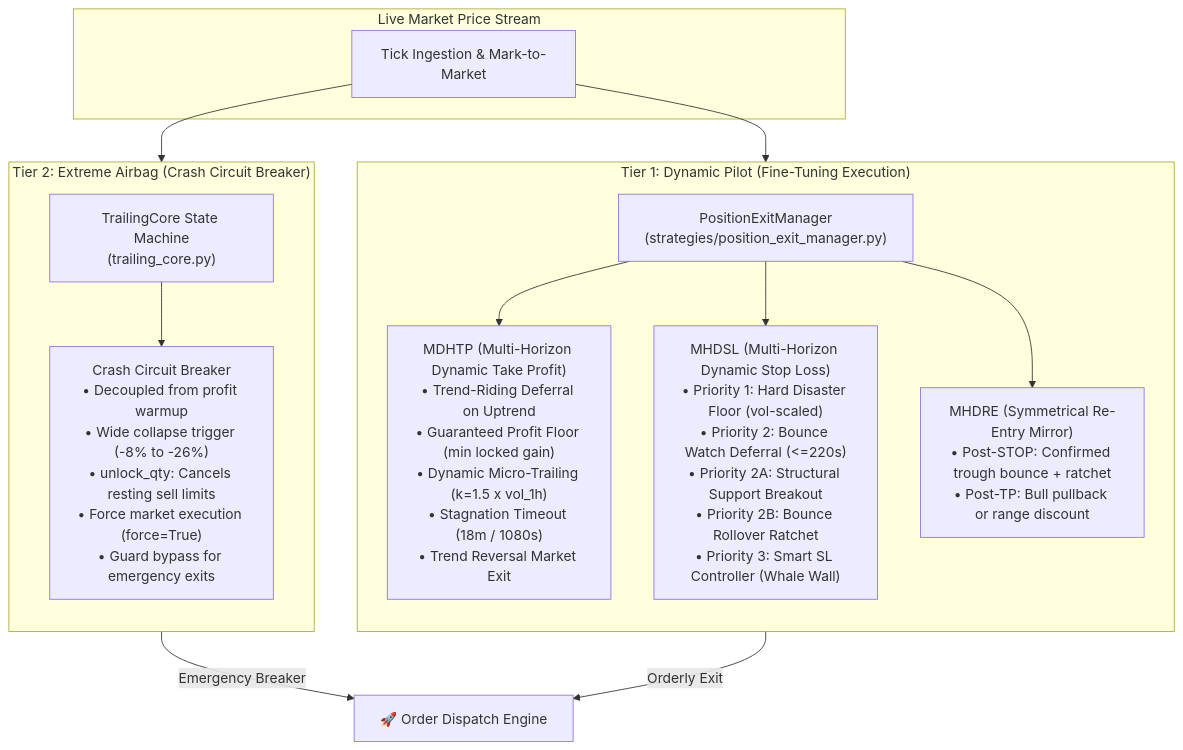
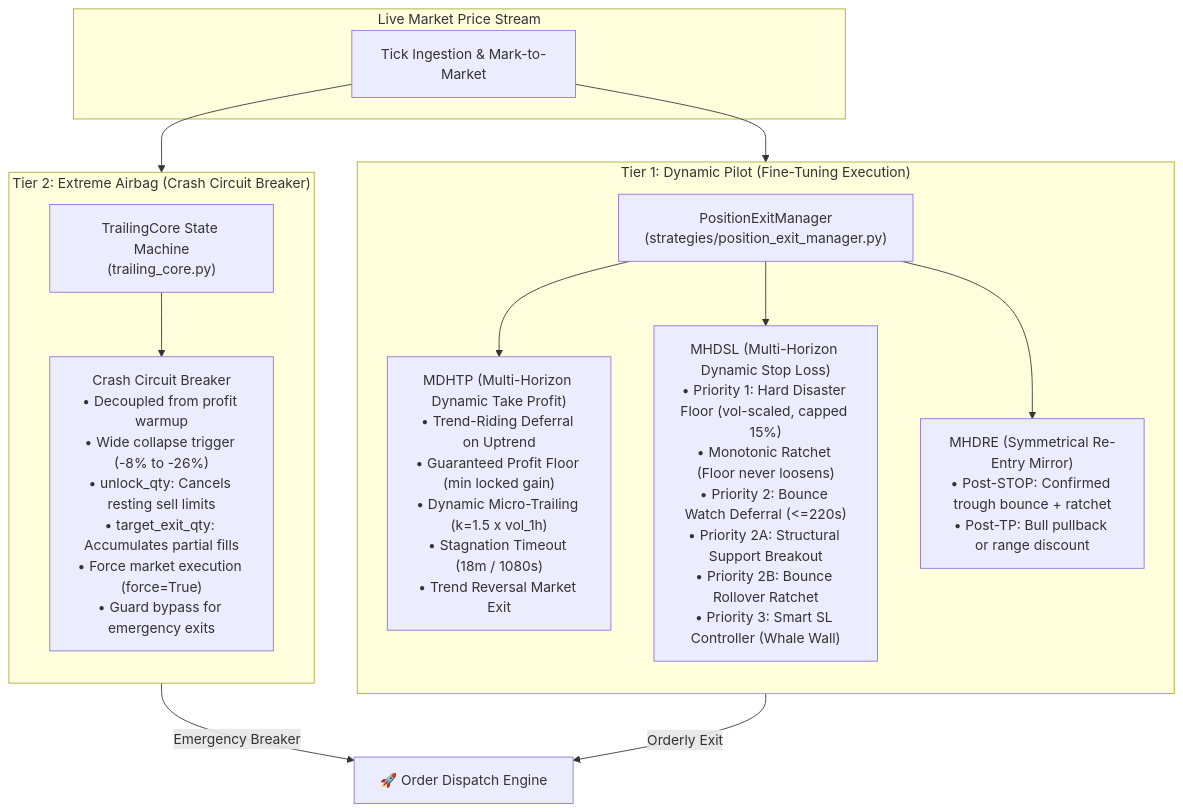
One commit to mpredut/mptrade changed the second of 2 diagrams in README.md. Above: the diagram before and after it, drawn with Mermaid. The commit also changed other lines of this file and 3 other files, not shown here.

Commit message:
docs: update fleet protection matrix, guards, and architecture blueprints

````diff
--- a/README.md
+++ b/README.md
@@ -134,23 +136,23 @@
 ```mermaid
 flowchart TD
     subgraph Market ["Live Market Price Stream"]
         TICK["Tick Ingestion & Mark-to-Market"]
     end
 
     subgraph Level1 ["Tier 1: Dynamic Pilot (Fine-Tuning Execution)"]
         direction TB
         TICK --> PEM["PositionExitManager\n(strategies/position_exit_manager.py)"]
         PEM --> MDHTP["MDHTP (Multi-Horizon Dynamic Take Profit)\n• Trend-Riding Deferral on Uptrend\n• Guaranteed Profit Floor (min locked gain)\n• Dynamic Micro-Trailing (k=1.5 x vol_1h)\n• Stagnation Timeout (18m / 1080s)\n• Trend Reversal Market Exit"]
-        PEM --> MHDSL["MHDSL (Multi-Horizon Dynamic Stop Loss)\n• Priority 1: Hard Disaster Floor (vol-scaled)\n• Priority 2: Bounce Watch Deferral (<=220s)\n• Priority 2A: Structural Support Breakout\n• Priority 2B: Bounce Rollover Ratchet\n• Priority 3: Smart SL Controller (Whale Wall)"]
+        PEM --> MHDSL["MHDSL (Multi-Horizon Dynamic Stop Loss)\n• Priority 1: Hard Disaster Floor (vol-scaled, capped 15%)\n• Monotonic Ratchet (Floor never loosens)\n• Priority 2: Bounce Watch Deferral (<=220s)\n• Priority 2A: Structural Support Breakout\n• Priority 2B: Bounce Rollover Ratchet\n• Priority 3: Smart SL Controller (Whale Wall)"]
         PEM --> MHDRE["MHDRE (Symmetrical Re-Entry Mirror)\n• Post-STOP: Confirmed trough bounce + ratchet\n• Post-TP: Bull pullback or range discount"]
     end
 
     subgraph Level2 ["Tier 2: Extreme Airbag (Crash Circuit Breaker)"]
         direction TB
         TICK --> CORE["TrailingCore State Machine\n(trailing_core.py)"]
-        CORE --> CB["Crash Circuit Breaker\n• Decoupled from profit warmup\n• Wide collapse trigger (-8% to -26%)\n• unlock_qty: Cancels resting sell limits\n• Force market execution (force=True)\n• Guard bypass for emergency exits"]
+        CORE --> CB["Crash Circuit Breaker\n• Decoupled from profit warmup\n• Wide collapse trigger (-8% to -26%)\n• unlock_qty: Cancels resting sell limits\n• target_exit_qty: Accumulates partial fills\n• Force market execution (force=True)\n• Guard bypass for emergency exits"]
     end
 
     Level1 -->|Orderly Exit| DISPATCH["🚀 Order Dispatch Engine"]
     Level2 -->|Emergency Breaker| DISPATCH
 ```
````
